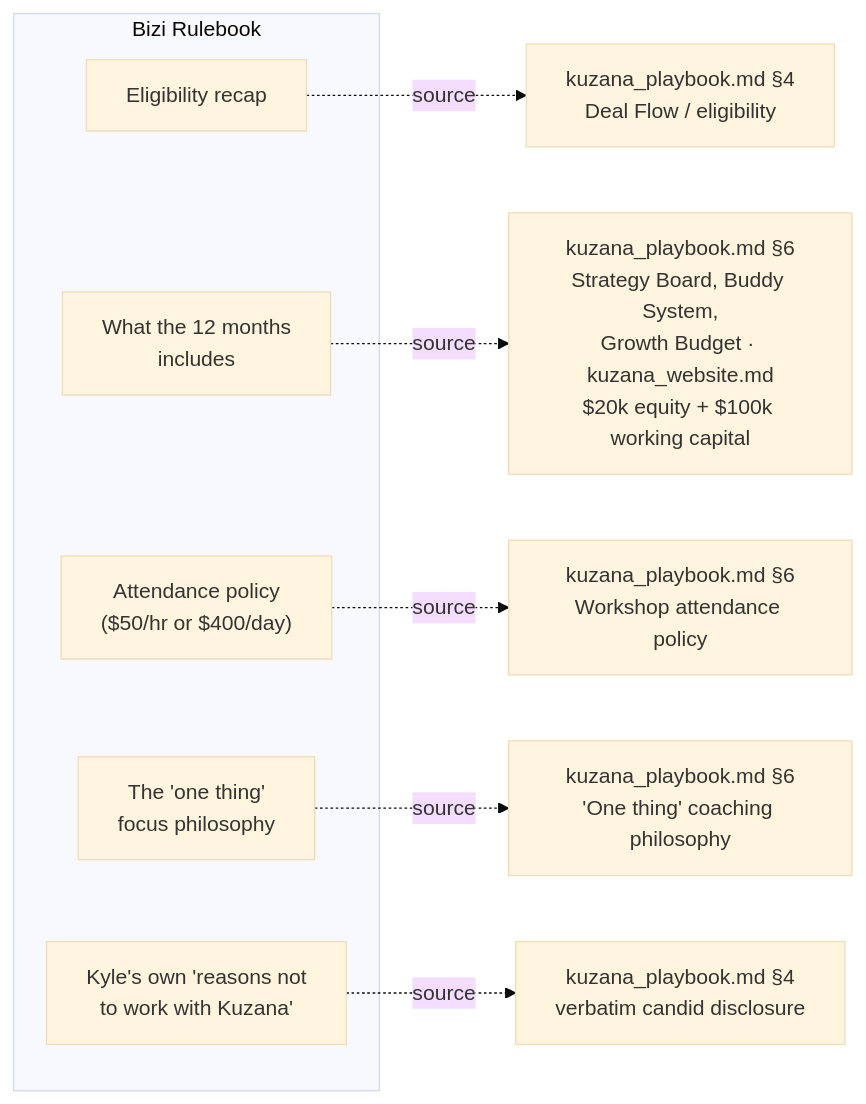
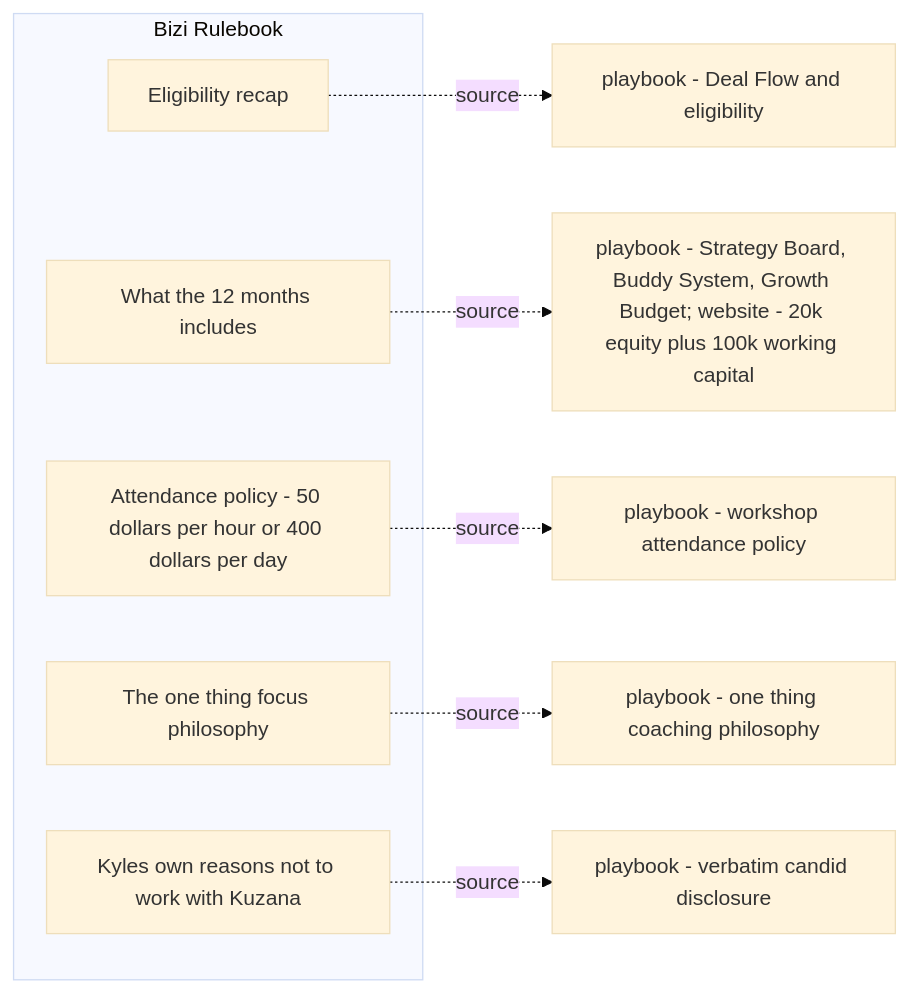
Before and after one commit to okumuraven/Boardy.ai: the second of 6 diagrams in bizi_flow.md, drawn with Mermaid (base theme). The commit also changed other lines of this file, not shown here.

````diff
--- a/bizi_flow.md
+++ b/bizi_flow.md
@@ -41,16 +41,16 @@
 ```mermaid
 flowchart LR
-    subgraph Rulebook["Bizi Rulebook"]
+    subgraph Rulebook[Bizi Rulebook]
         R1[Eligibility recap]
-        R2["What the 12 months\nincludes"]
-        R3["Attendance policy\n($50/hr or $400/day)"]
-        R4["The 'one thing'\nfocus philosophy"]
-        R5["Kyle's own 'reasons not\nto work with Kuzana'"]
+        R2[What the 12 months includes]
+        R3[Attendance policy - 50 dollars per hour or 400 dollars per day]
+        R4[The one thing focus philosophy]
+        R5[Kyles own reasons not to work with Kuzana]
     end
 
-    R1 -.source.-> P1["kuzana_playbook.md §4\nDeal Flow / eligibility"]
-    R2 -.source.-> P2["kuzana_playbook.md §6\nStrategy Board, Buddy System,\nGrowth Budget · kuzana_website.md\n$20k equity + $100k working capital"]
-    R3 -.source.-> P3["kuzana_playbook.md §6\nWorkshop attendance policy"]
-    R4 -.source.-> P4["kuzana_playbook.md §6\n'One thing' coaching philosophy"]
-    R5 -.source.-> P5["kuzana_playbook.md §4\nverbatim candid disclosure"]
+    R1 -.->|source| P1[playbook - Deal Flow and eligibility]
+    R2 -.->|source| P2[playbook - Strategy Board, Buddy System, Growth Budget; website - 20k equity plus 100k working capital]
+    R3 -.->|source| P3[playbook - workshop attendance policy]
+    R4 -.->|source| P4[playbook - one thing coaching philosophy]
+    R5 -.->|source| P5[playbook - verbatim candid disclosure]
 ```
````
